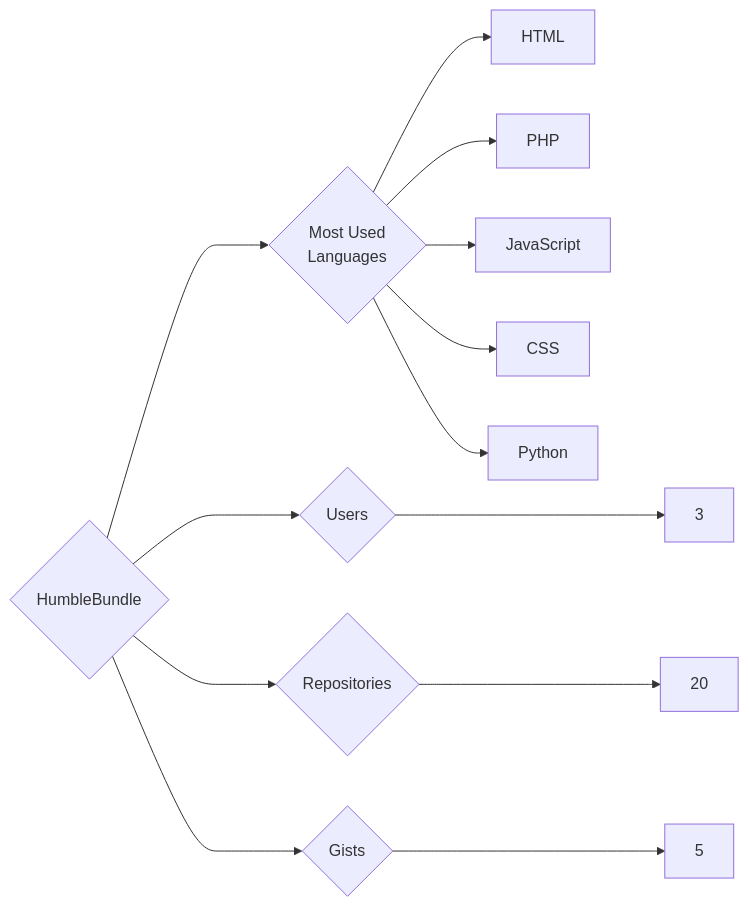
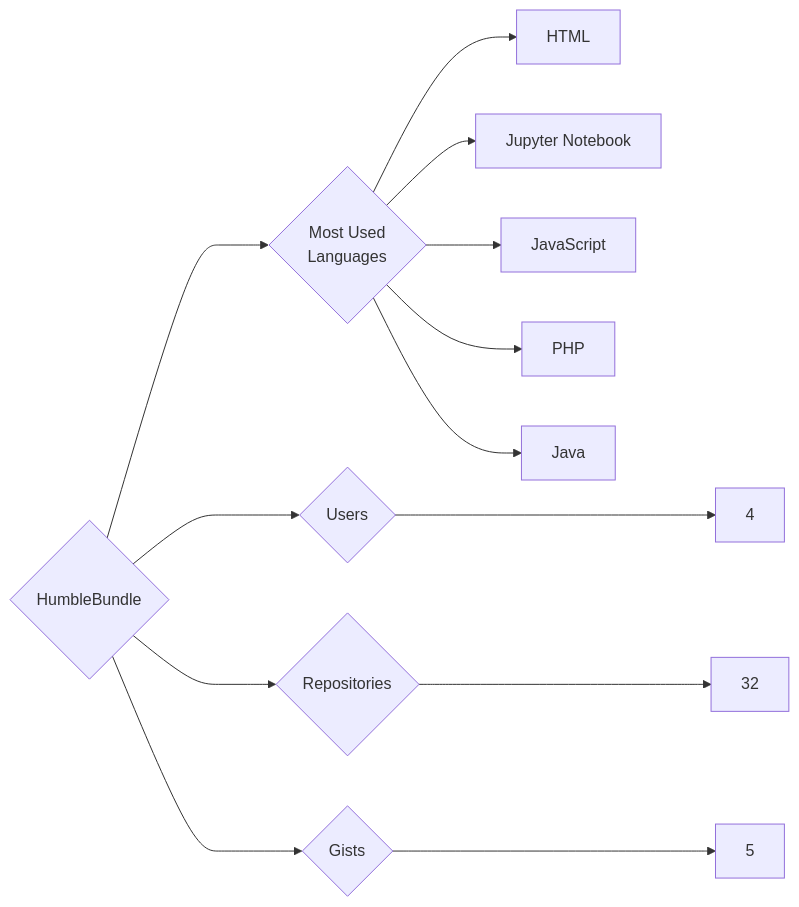
The diagram in targets/HumbleBundle/README.md (trickest/insiders), drawn with Mermaid before and after one commit. The commit also changed 783 other files, not shown here.

````diff
--- a/targets/HumbleBundle/README.md
+++ b/targets/HumbleBundle/README.md
@@ -3,13 +3,13 @@
 ```mermaid
 graph LR
 COMPANY_NAME{HumbleBundle}
-COMPANY_NAME ---> U{Users} ---> UN[3]
-COMPANY_NAME ---> R{Repositories} ---> RN[20]
+COMPANY_NAME ---> U{Users} ---> UN[4]
+COMPANY_NAME ---> R{Repositories} ---> RN[32]
 COMPANY_NAME ---> G{Gists} ---> GN[5]
 COMPANY_NAME ---> ML{Most Used<br>Languages}
 ML --> HTML[HTML]
+ML --> Jupyter_Notebook[Jupyter Notebook]
+ML --> JavaScript[JavaScript]
 ML --> PHP[PHP]
-ML --> JavaScript[JavaScript]
-ML --> CSS[CSS]
-ML --> Python[Python]
+ML --> Java[Java]
 ```
````
